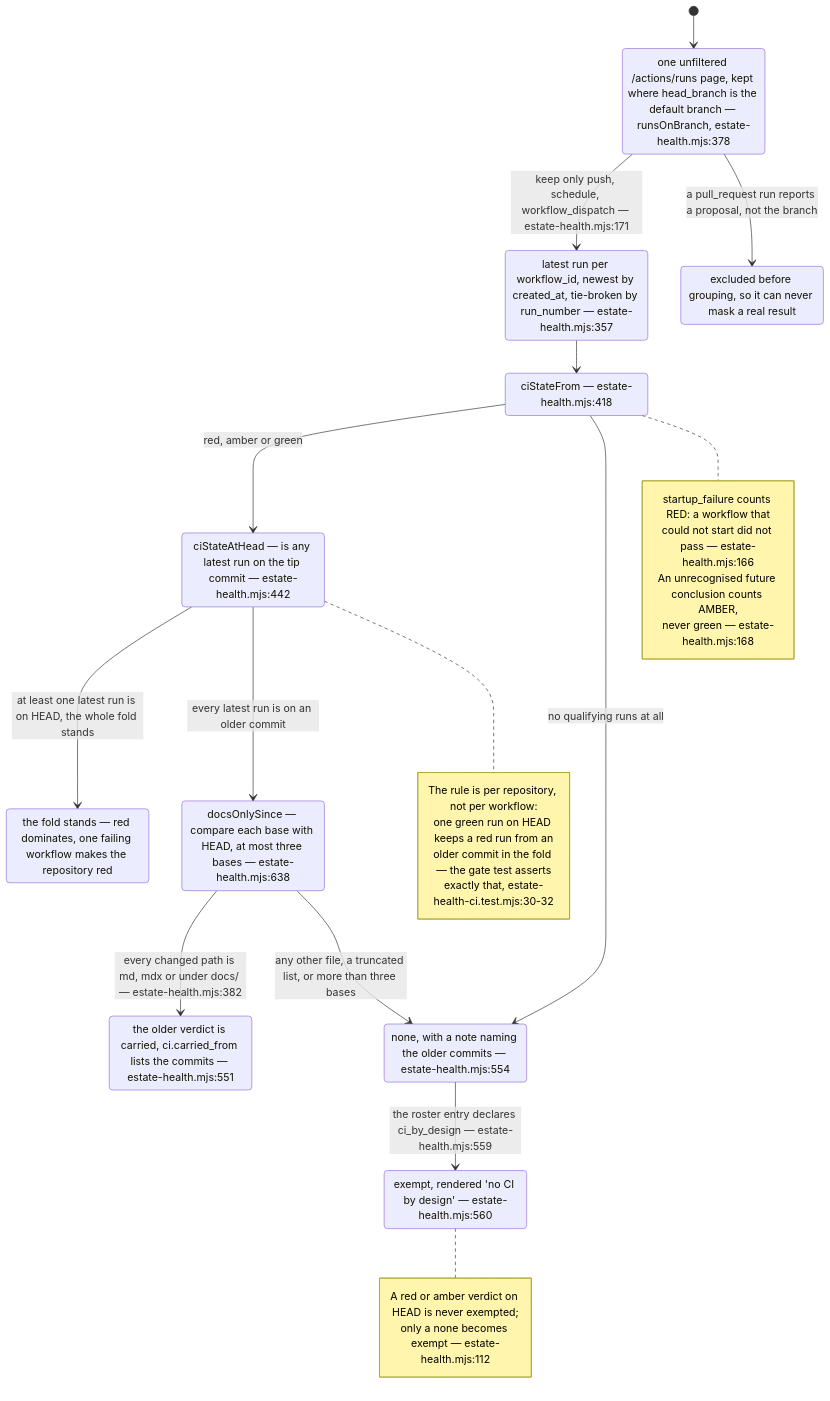
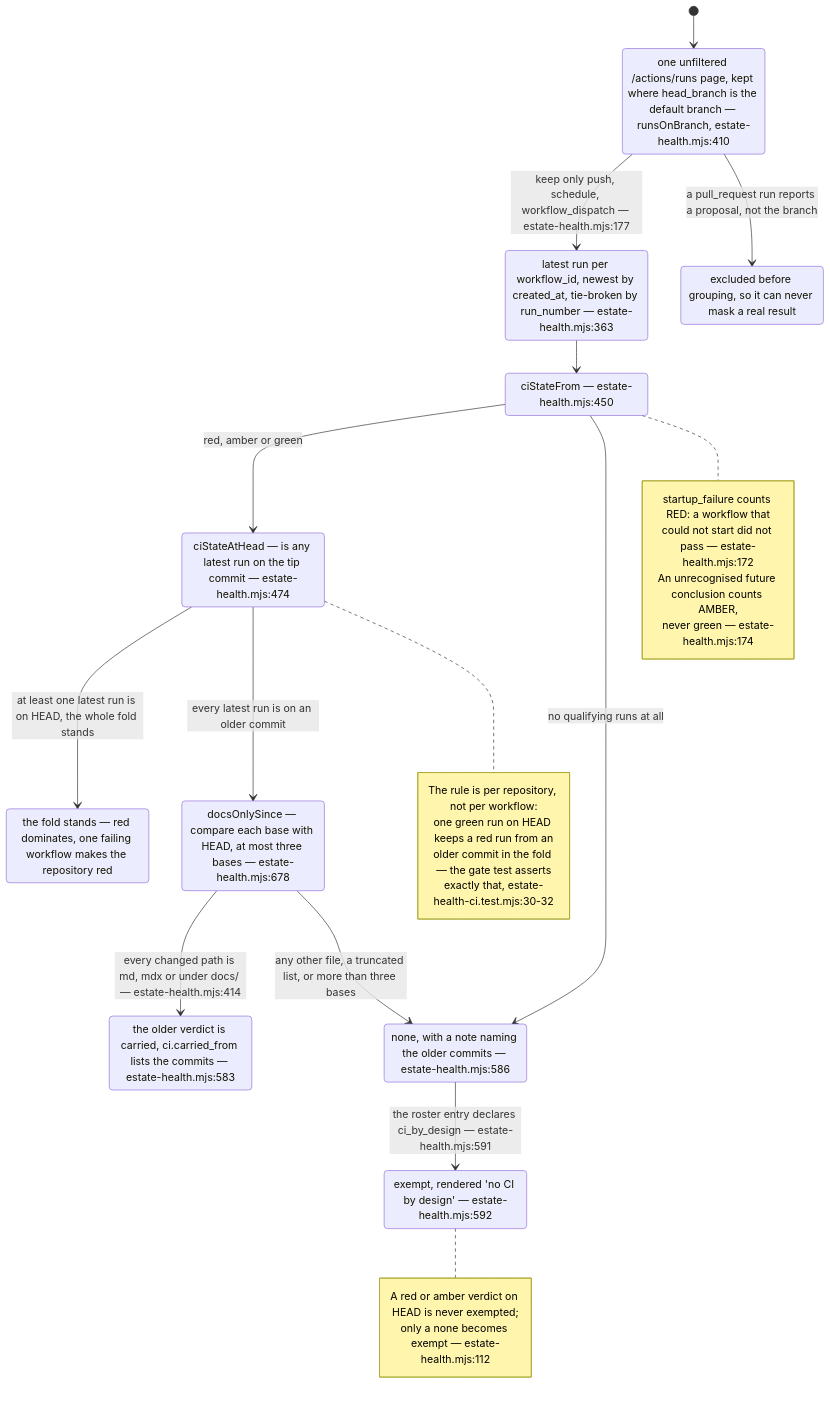
The fourth of 9 diagrams in docs/diagrams/visionflow/03-estate-health.md (DreamLab-AI/VisionFlow), drawn with Mermaid before and after one commit. The commit also changed other lines of this file and 49 other files, not shown here.

First line of the commit message:
docs(diagrams): re-derive and re-stamp VisionClaw, estate, knowledge-graph, visionGraph, VisionFlow and sidestr topics

````diff
--- a/docs/diagrams/visionflow/03-estate-health.md
+++ b/docs/diagrams/visionflow/03-estate-health.md
@@ -125,41 +128,41 @@
 ```mermaid
 stateDiagram-v2
     direction TB
     [*] --> Filter
-    state "one unfiltered /actions/runs page, kept where head_branch is the default branch — runsOnBranch, estate-health.mjs:378" as Filter
-    Filter --> Group : keep only push, schedule, workflow_dispatch — estate-health.mjs:171
+    state "one unfiltered /actions/runs page, kept where head_branch is the default branch — runsOnBranch, estate-health.mjs:410" as Filter
+    Filter --> Group : keep only push, schedule, workflow_dispatch — estate-health.mjs:177
     Filter --> Dropped : a pull_request run reports a proposal, not the branch
-    state "latest run per workflow_id, newest by created_at, tie-broken by run_number — estate-health.mjs:357" as Group
+    state "latest run per workflow_id, newest by created_at, tie-broken by run_number — estate-health.mjs:363" as Group
     Group --> Fold
-    state "ciStateFrom — estate-health.mjs:418" as Fold
+    state "ciStateFrom — estate-health.mjs:450" as Fold
     Fold --> AtHead : red, amber or green
     Fold --> NoneState : no qualifying runs at all
-    state "ciStateAtHead — is any latest run on the tip commit — estate-health.mjs:442" as AtHead
+    state "ciStateAtHead — is any latest run on the tip commit — estate-health.mjs:474" as AtHead
     AtHead --> Kept : at least one latest run is on HEAD, the whole fold stands
     AtHead --> Older : every latest run is on an older commit
-    state "docsOnlySince — compare each base with HEAD, at most three bases — estate-health.mjs:638" as Older
-    Older --> Carried : every changed path is md, mdx or under docs/ — estate-health.mjs:382
+    state "docsOnlySince — compare each base with HEAD, at most three bases — estate-health.mjs:678" as Older
+    Older --> Carried : every changed path is md, mdx or under docs/ — estate-health.mjs:414
     Older --> NoneState : any other file, a truncated list, or more than three bases
     state "the fold stands — red dominates, one failing workflow makes the repository red" as Kept
-    state "the older verdict is carried, ci.carried_from lists the commits — estate-health.mjs:551" as Carried
-    state "none, with a note naming the older commits — estate-health.mjs:554" as NoneState
-    NoneState --> Exempt : the roster entry declares ci_by_design — estate-health.mjs:559
-    state "exempt, rendered 'no CI by design' — estate-health.mjs:560" as Exempt
+    state "the older verdict is carried, ci.carried_from lists the commits — estate-health.mjs:583" as Carried
+    state "none, with a note naming the older commits — estate-health.mjs:586" as NoneState
+    NoneState --> Exempt : the roster entry declares ci_by_design — estate-health.mjs:591
+    state "exempt, rendered 'no CI by design' — estate-health.mjs:592" as Exempt
     state "excluded before grouping, so it can never mask a real result" as Dropped
     note right of Fold
       startup_failure counts RED: a workflow that
-      could not start did not pass — estate-health.mjs:166
+      could not start did not pass — estate-health.mjs:172
       An unrecognised future conclusion counts AMBER,
-      never green — estate-health.mjs:168
+      never green — estate-health.mjs:174
     end note
     note right of AtHead
       The rule is per repository, not per workflow:
       one green run on HEAD keeps a red run from an
       older commit in the fold — the gate test asserts
       exactly that, estate-health-ci.test.mjs:30-32
     end note
     note right of Exempt
       A red or amber verdict on HEAD is never exempted;
       only a none becomes exempt — estate-health.mjs:112
     end note
 ```
````
